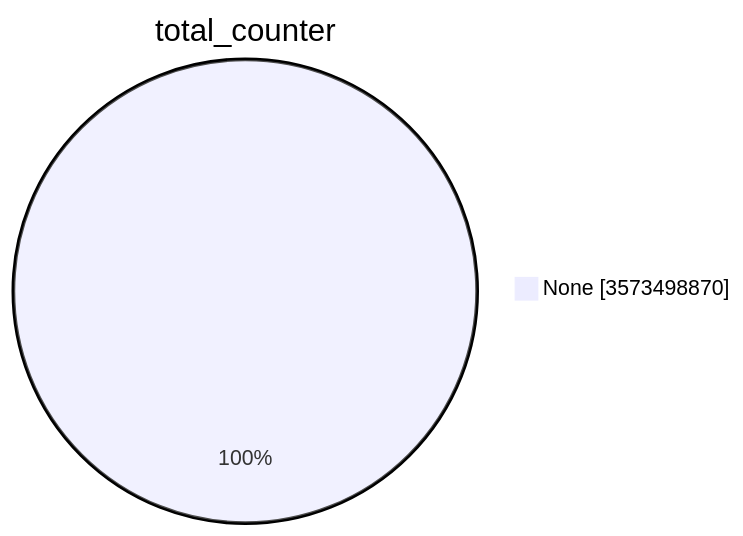
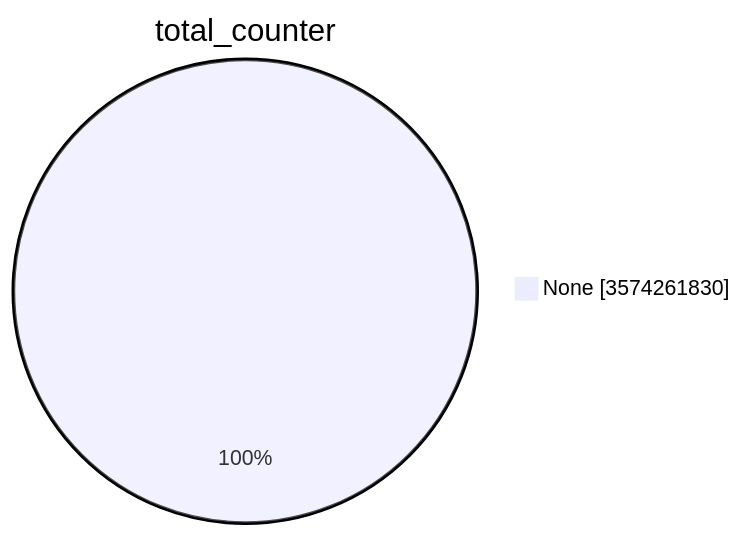
Before and after one commit to christiankrug/ctmonitor_visualization: the first of 15 diagrams in TOTAL/README.md, drawn with Mermaid. The commit also changed other lines of this file, not shown here.

````diff
--- a/TOTAL/README.md
+++ b/TOTAL/README.md
@@ -1,5 +1,5 @@
 ```mermaid
 pie showData
 title total_counter
-"None" :3573498870
+"None" :3574261830
 ```
````
